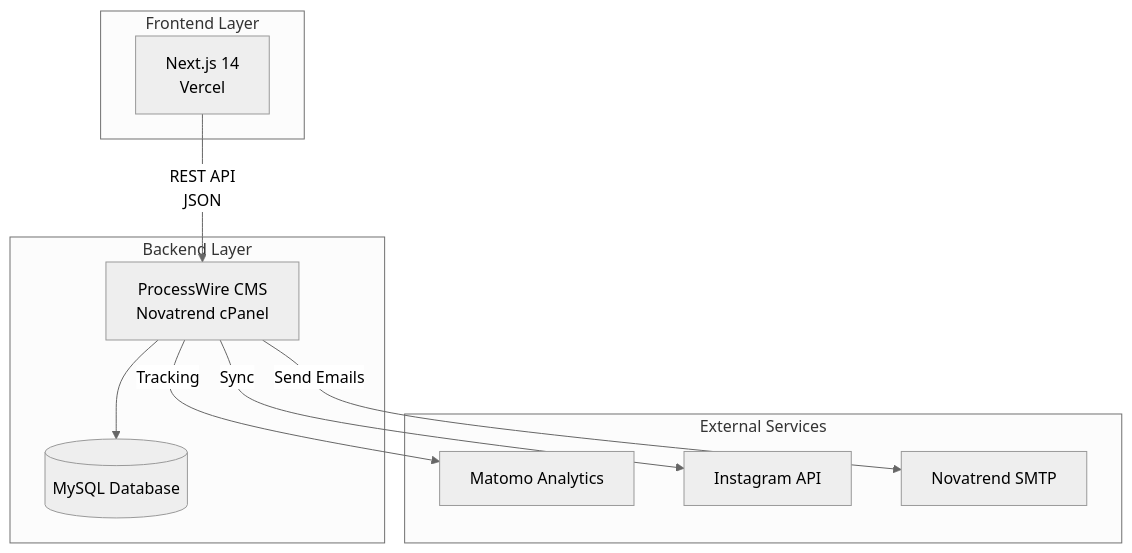
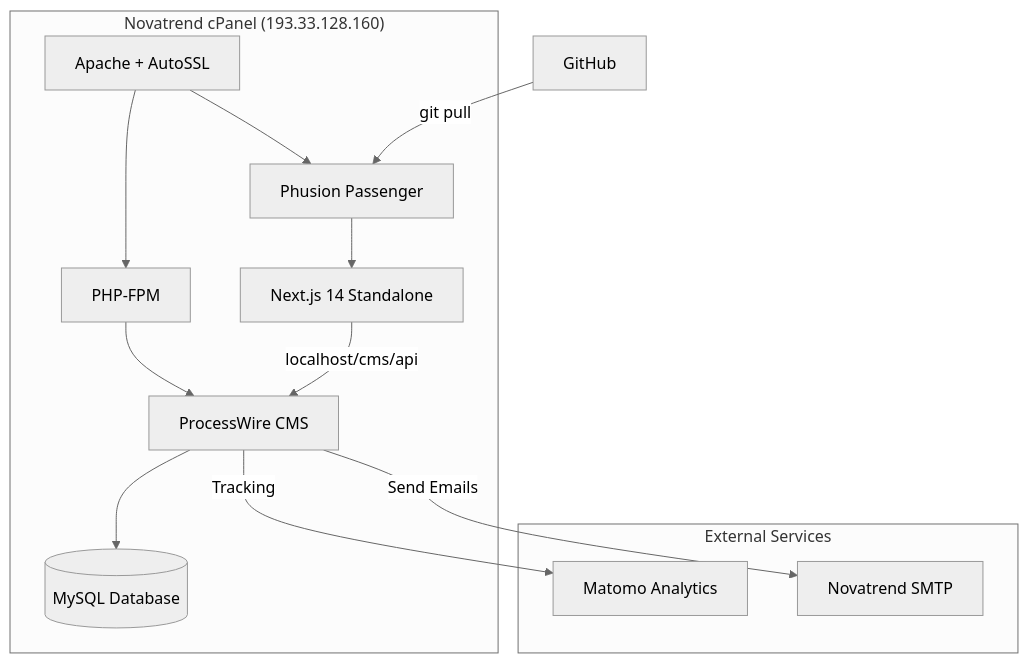
One commit to gemuesegenossenschaft-bioco/bioco-web-project changed the first of 2 diagrams in HANDOFF.md. Above: the diagram before and after it, drawn with Mermaid (neutral theme). The commit also changed other lines of this file and 19 other files, not shown here.

First line of the commit message:
feat: consolidate to cPanel, remove Vercel dependency

````diff
--- a/HANDOFF.md
+++ b/HANDOFF.md
@@ -186,23 +186,21 @@
 ```mermaid
 graph TB
-    subgraph "Frontend Layer"
-        NextJS[Next.js 14<br/>Vercel]
+    subgraph "Novatrend cPanel (193.33.128.160)"
+        Passenger[Phusion Passenger] --> NextJS[Next.js 14 Standalone]
+        Apache[Apache + AutoSSL] --> Passenger
+        Apache --> PHP[PHP-FPM]
+        PHP --> ProcessWire[ProcessWire CMS]
+        ProcessWire --> MySQL[(MySQL Database)]
+        NextJS -->|localhost/cms/api| ProcessWire
     end
-    
-    subgraph "Backend Layer"
-        ProcessWire[ProcessWire CMS<br/>Novatrend cPanel]
-        MySQL[(MySQL Database)]
-    end
-    
+
     subgraph "External Services"
         Matomo[Matomo Analytics]
-        Instagram[Instagram API]
         SMTP[Novatrend SMTP]
     end
-    
-    NextJS -->|REST API<br/>JSON| ProcessWire
-    ProcessWire --> MySQL
+
     ProcessWire -->|Tracking| Matomo
-    ProcessWire -->|Sync| Instagram
     ProcessWire -->|Send Emails| SMTP
+
+    GitHub[GitHub] -->|git pull| Passenger
 ```
````
